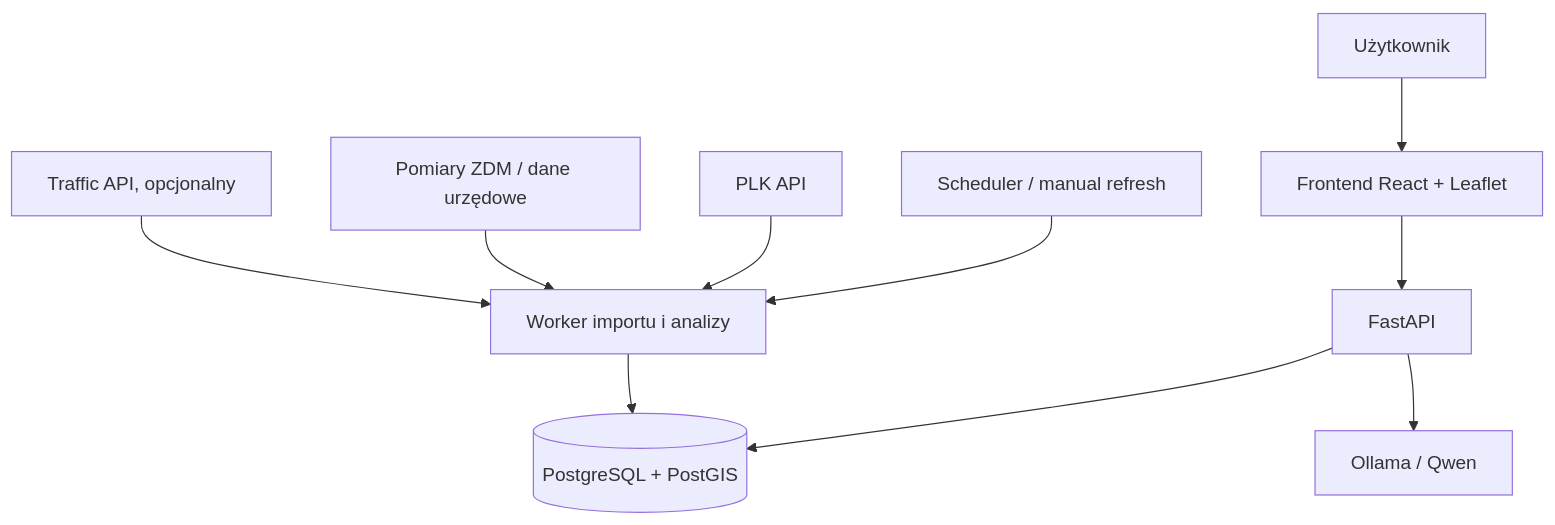
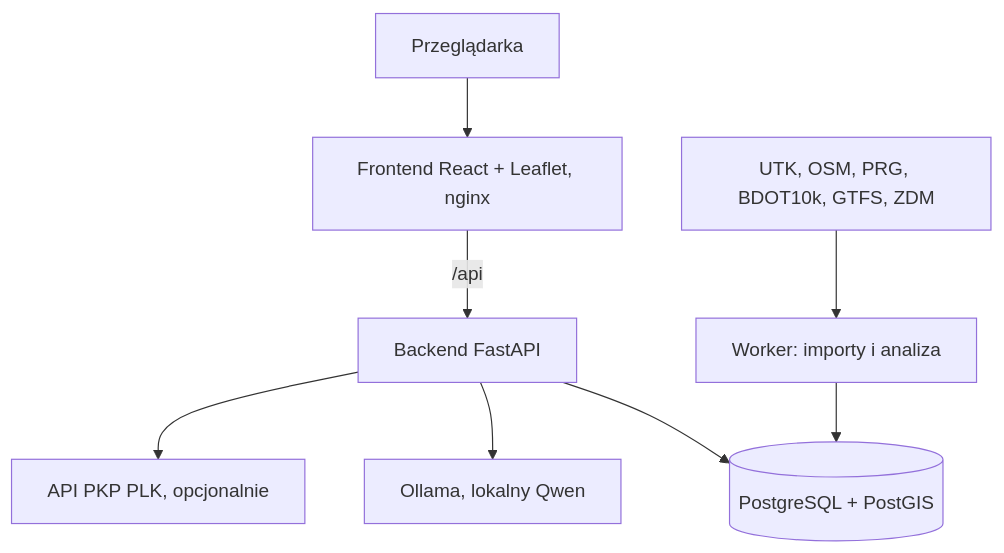
One commit to maciejgalant/Kolej-na-Analize changed the diagram in docs/ARCHITECTURE.md. Above: the diagram before and after it, drawn with Mermaid. The commit also changed other lines of this file and 5 other files, not shown here.

````diff
--- a/docs/ARCHITECTURE.md
+++ b/docs/ARCHITECTURE.md
@@ -4,12 +6,10 @@
 ```mermaid
 flowchart TD
-  U[Użytkownik] --> F[Frontend React + Leaflet]
-  F --> B[FastAPI]
+  U[Przeglądarka] --> F[Frontend React + Leaflet, nginx]
+  F -->|/api| B[Backend FastAPI]
   B --> PG[(PostgreSQL + PostGIS)]
-  B --> L[Ollama / Qwen]
-  W[Worker importu i analizy] --> PG
-  S[Scheduler / manual refresh] --> W
-  PKP[PLK API] --> W
-  ZDM[Pomiary ZDM / dane urzędowe] --> W
-  T[Traffic API, opcjonalny] --> W
+  B --> L[Ollama, lokalny Qwen]
+  B --> PLK[API PKP PLK, opcjonalnie]
+  W[Worker: importy i analiza] --> PG
+  SRC[UTK, OSM, PRG, BDOT10k, GTFS, ZDM] --> W
 ```
````
